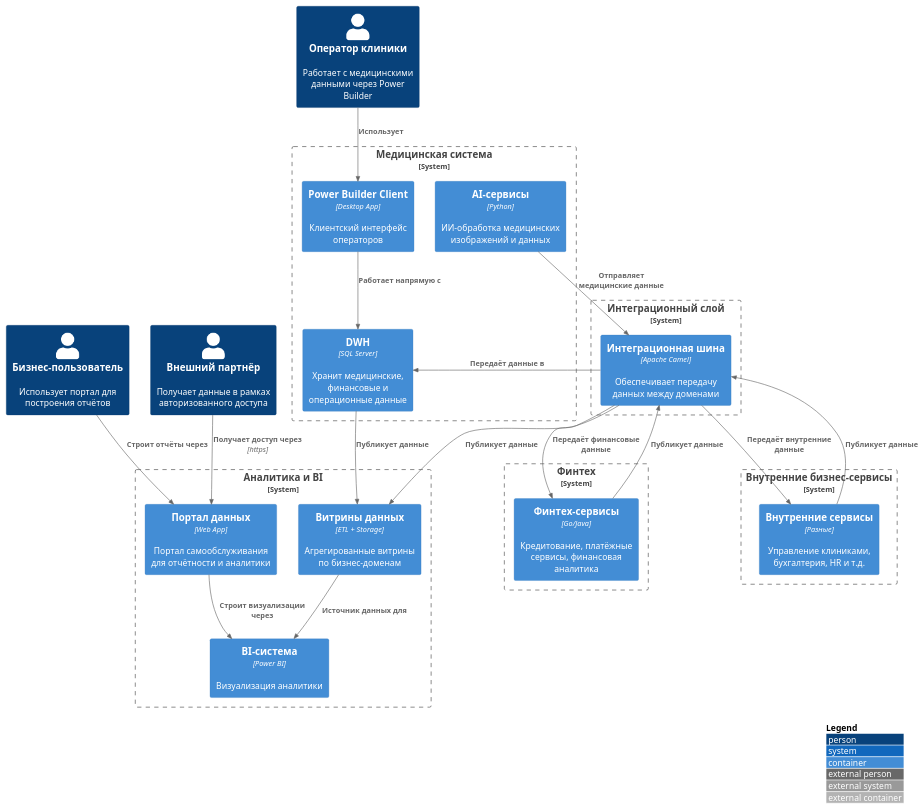
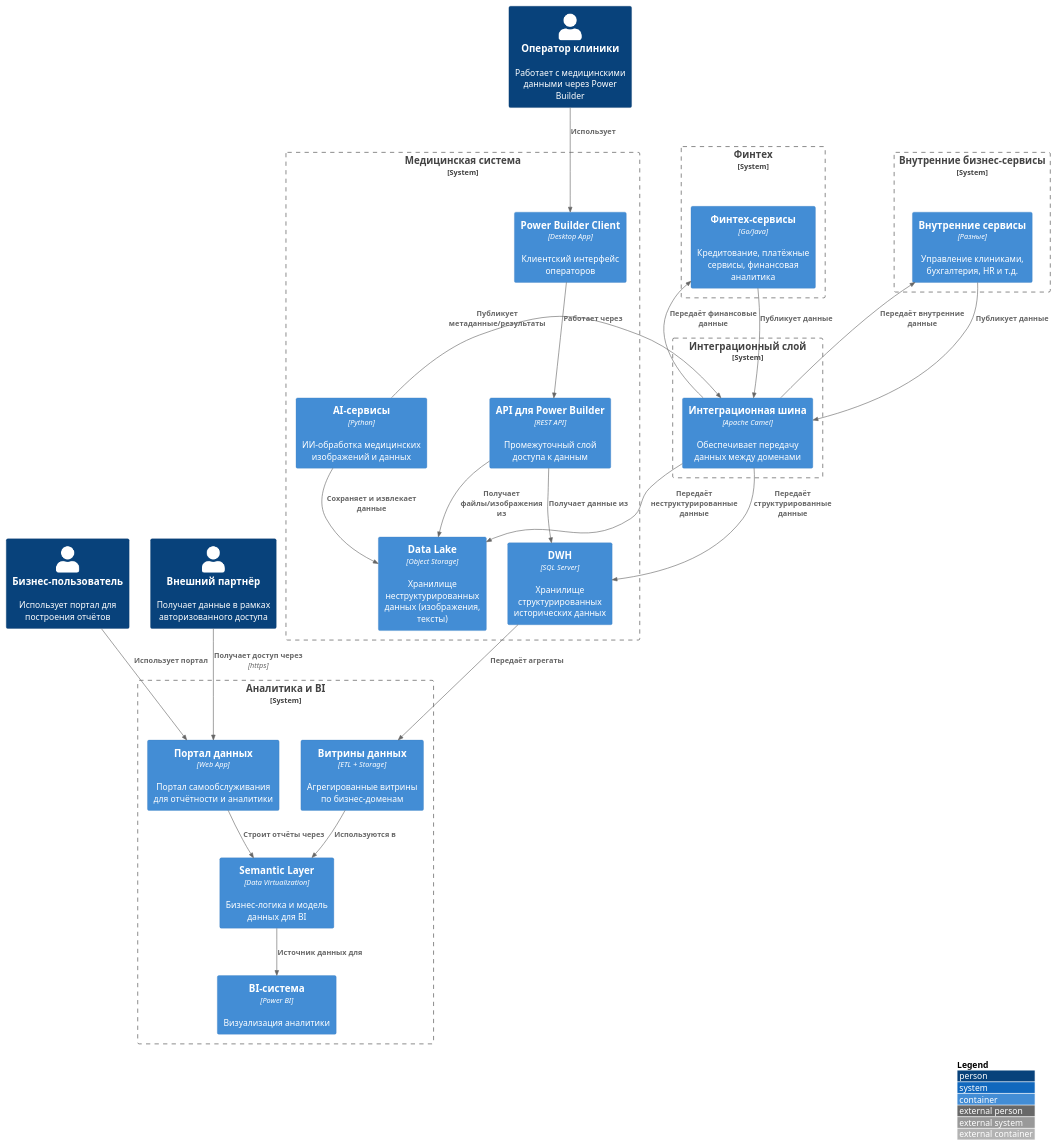
One commit to cisca/yandex11 changed the diagram in Task1/structure.puml. Above: the diagram before and after it, drawn with PlantUML.

```diff
--- a/Task1/structure.puml
+++ b/Task1/structure.puml
@@ -1,53 +1,61 @@
 @startuml
 !includeurl https://raw.githubusercontent.com/plantuml-stdlib/C4-PlantUML/master/C4_Container.puml
 LAYOUT_WITH_LEGEND()
 
 ' Стейкхолдеры
 Person(businessUser, "Бизнес-пользователь", "Использует портал для построения отчётов")
 Person(operator, "Оператор клиники", "Работает с медицинскими данными через Power Builder")
 Person(externalUser, "Внешний партнёр", "Получает данные в рамках авторизованного доступа")
 
 ' Системы
 System_Boundary(s1, "Медицинская система") {
   Container(powerBuilder, "Power Builder Client", "Desktop App", "Клиентский интерфейс операторов")
-  Container(dwh, "DWH", "SQL Server", "Хранит медицинские, финансовые и операционные данные")
+  Container(apiForPB, "API для Power Builder", "REST API", "Промежуточный слой доступа к данным")
+  Container(dataLake, "Data Lake", "Object Storage", "Хранилище неструктурированных данных (изображения, тексты)")
+  Container(dwh, "DWH", "SQL Server", "Хранилище структурированных исторических данных")
   Container(aiServices, "AI-сервисы", "Python", "ИИ-обработка медицинских изображений и данных")
 }
 
 System_Boundary(s2, "Интеграционный слой") {
   Container(bus, "Интеграционная шина", "Apache Camel", "Обеспечивает передачу данных между доменами")
 }
 
 System_Boundary(s3, "Финтех") {
   Container(fintech, "Финтех-сервисы", "Go/Java", "Кредитование, платёжные сервисы, финансовая аналитика")
 }
 
 System_Boundary(s4, "Внутренние бизнес-сервисы") {
   Container(internalServices, "Внутренние сервисы", "Разные", "Управление клиниками, бухгалтерия, HR и т.д.")
 }
 
 System_Boundary(s5, "Аналитика и BI") {
   Container(biSystem, "BI-система", "Power BI", "Визуализация аналитики")
   Container(dataPortal, "Портал данных", "Web App", "Портал самообслуживания для отчётности и аналитики")
   Container(dataMarts, "Витрины данных", "ETL + Storage", "Агрегированные витрины по бизнес-доменам")
+  Container(semanticLayer, "Semantic Layer", "Data Virtualization", "Бизнес-логика и модель данных для BI")
 }
 
 ' Взаимодействия
 Rel(operator, powerBuilder, "Использует")
-Rel(powerBuilder, dwh, "Работает напрямую с")
-Rel(aiServices, bus, "Отправляет медицинские данные")
-Rel(bus, dwh, "Передаёт данные в")
+Rel(powerBuilder, apiForPB, "Работает через")
+Rel(apiForPB, dwh, "Получает данные из")
+Rel(apiForPB, dataLake, "Получает файлы/изображения из")
+
+Rel(aiServices, dataLake, "Сохраняет и извлекает данные")
+Rel(aiServices, bus, "Публикует метаданные/результаты")
+Rel(bus, dwh, "Передаёт структурированные данные")
+Rel(bus, dataLake, "Передаёт неструктурированные данные")
 Rel(bus, fintech, "Передаёт финансовые данные")
 Rel(bus, internalServices, "Передаёт внутренние данные")
 Rel(fintech, bus, "Публикует данные")
 Rel(internalServices, bus, "Публикует данные")
 
 ' BI и аналитика
-Rel(dataMarts, biSystem, "Источник данных для")
-Rel(dataPortal, biSystem, "Строит визуализации через")
-Rel(businessUser, dataPortal, "Строит отчёты через")
-Rel(dwh, dataMarts, "Публикует данные")
-Rel(bus, dataMarts, "Публикует данные")
+Rel(dwh, dataMarts, "Передаёт агрегаты")
+Rel(dataMarts, semanticLayer, "Используются в")
+Rel(semanticLayer, biSystem, "Источник данных для")
+Rel(dataPortal, semanticLayer, "Строит отчёты через")
+Rel(businessUser, dataPortal, "Использует портал")
 Rel(externalUser, dataPortal, "Получает доступ через", "https")
 
 @enduml
```
